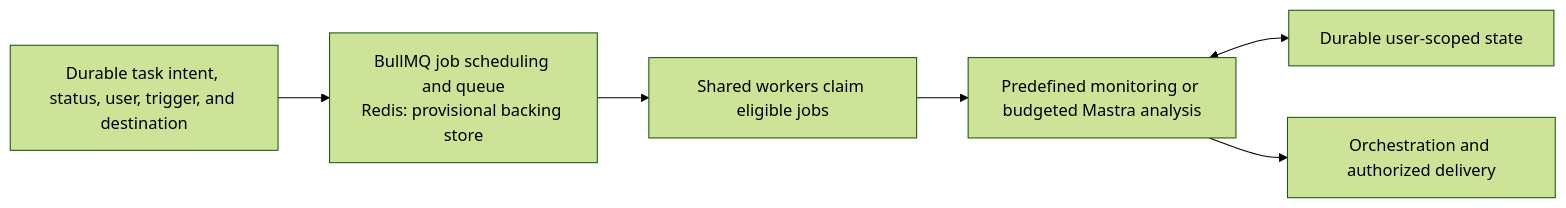
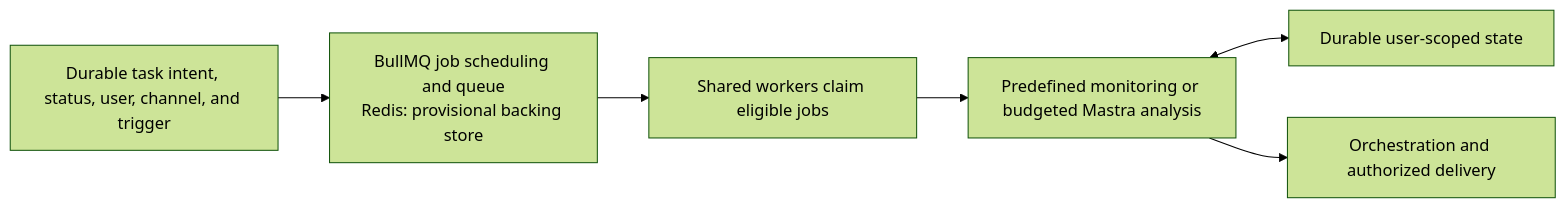
One commit to hsignals/ms-agentic-be changed the second of 2 diagrams in docs/architecture.md. Above: the diagram before and after it, drawn with Mermaid (forest theme). The commit also changed other lines of this file and 19 other files, not shown here.

Commit message:
Document agreed Phase 1 user stories and channel boundaries

````diff
--- a/docs/architecture.md
+++ b/docs/architecture.md
@@ -90,8 +109,8 @@
 ```mermaid
 flowchart LR
-    T["Durable task intent, status, user, trigger, and destination"] --> Q["BullMQ job scheduling and queue<br/>Redis: provisional backing store"]
+    T["Durable task intent, status, user, channel, and trigger"] --> Q["BullMQ job scheduling and queue<br/>Redis: provisional backing store"]
     Q --> W["Shared workers claim eligible jobs"]
     W --> R["Predefined monitoring or budgeted Mastra analysis"]
     R <--> D["Durable user-scoped state"]
     R --> O["Orchestration and authorized delivery"]
 ```
````
